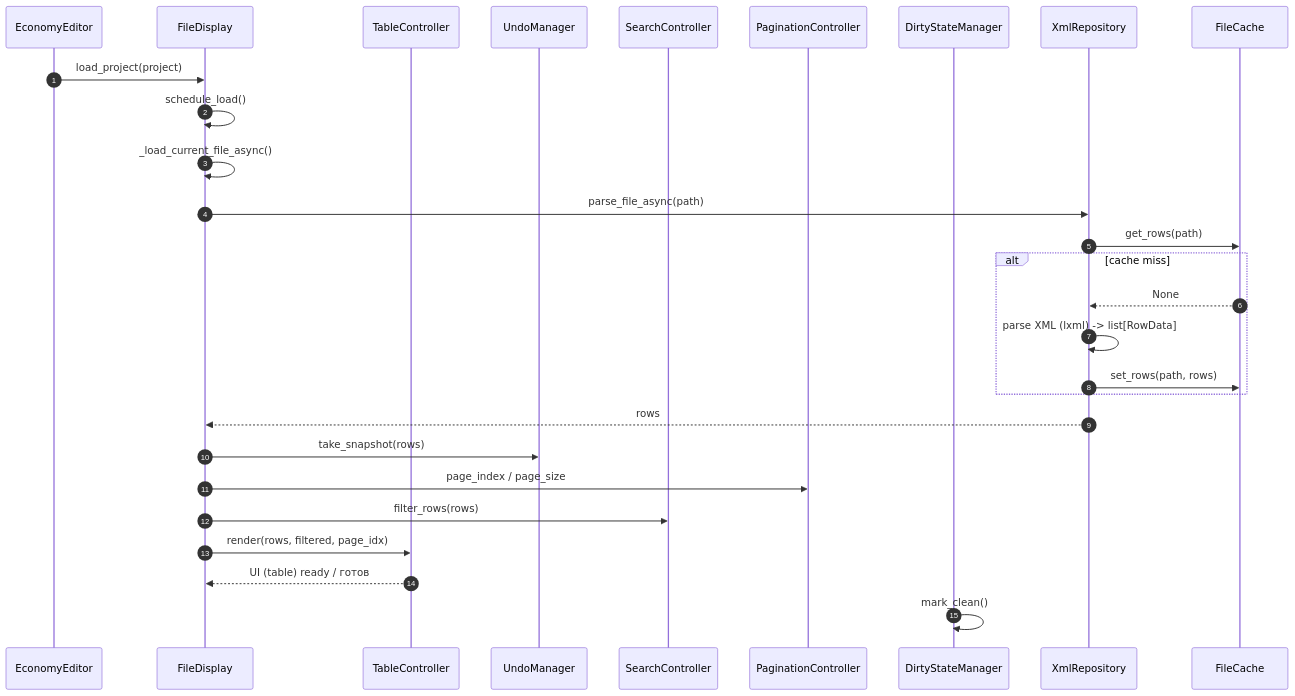
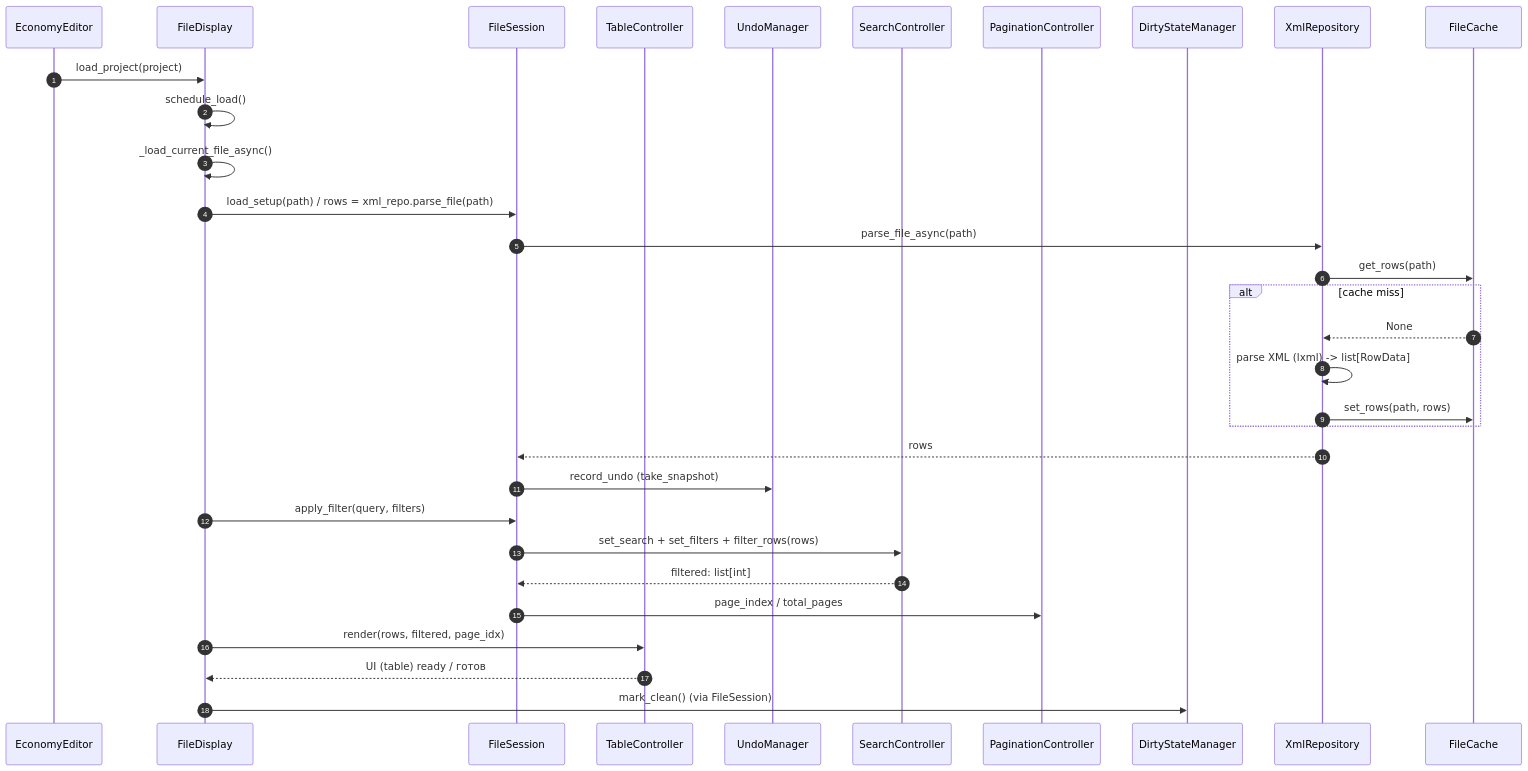
The first of 3 diagrams in docs/diagrams/sequence-load.md (qotique/yetee), drawn with Mermaid before and after one commit. The commit also changed other lines of this file and 5 other files, not shown here.

Commit message:
docs: update diagrams for FileDisplay refactor

````diff
--- a/docs/diagrams/sequence-load.md
+++ b/docs/diagrams/sequence-load.md
@@ -10,34 +11,37 @@
 ```mermaid
 sequenceDiagram
     autonumber
     participant EE as EconomyEditor
     participant FD as FileDisplay
+    participant FS as FileSession
     participant TBC as TableController
     participant UM as UndoManager
     participant S as SearchController
     participant P as PaginationController
     participant D as DirtyStateManager
     participant R as XmlRepository
     participant C as FileCache
 
     EE->>FD: load_project(project)
     FD->>FD: schedule_load()
     FD->>FD: _load_current_file_async()
 
-    FD->>R: parse_file_async(path)
+    FD->>FS: load_setup(path) / rows = xml_repo.parse_file(path)
+    FS->>R: parse_file_async(path)
     R->>C: get_rows(path)
     alt cache miss
         C-->>R: None
         R->>R: parse XML (lxml) -> list[RowData]
         R->>C: set_rows(path, rows)
     end
-    R-->>FD: rows
+    R-->>FS: rows
 
-    FD->>UM: take_snapshot(rows)
-    FD->>P: page_index / page_size
-    FD->>S: filter_rows(rows)
+    FS->>UM: record_undo (take_snapshot)
+    FD->>FS: apply_filter(query, filters)
+    FS->>S: set_search + set_filters + filter_rows(rows)
+    S-->>FS: filtered: list[int]
+    FS->>P: page_index / total_pages
     FD->>TBC: render(rows, filtered, page_idx)
-
     TBC-->>FD: UI (table) ready / готов
-    D->>D: mark_clean()
+    FD->>D: mark_clean() (via FileSession)
 ```
````
